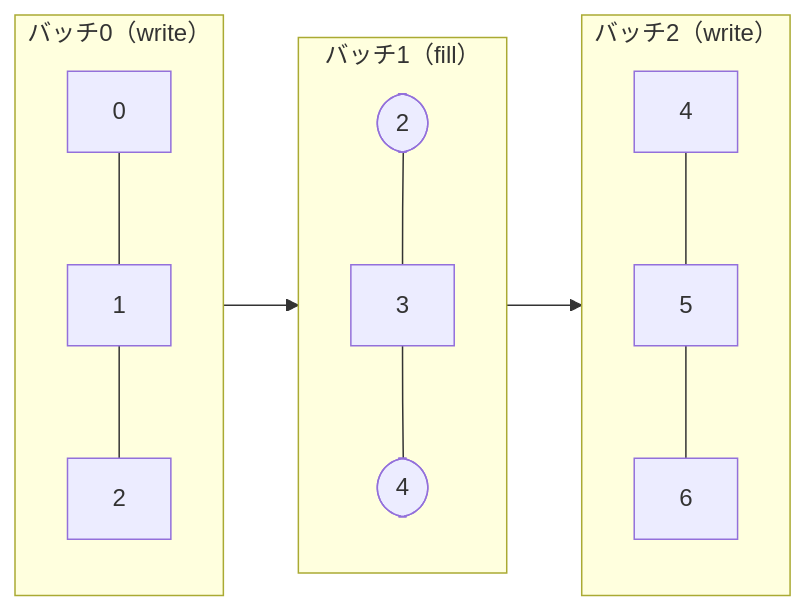
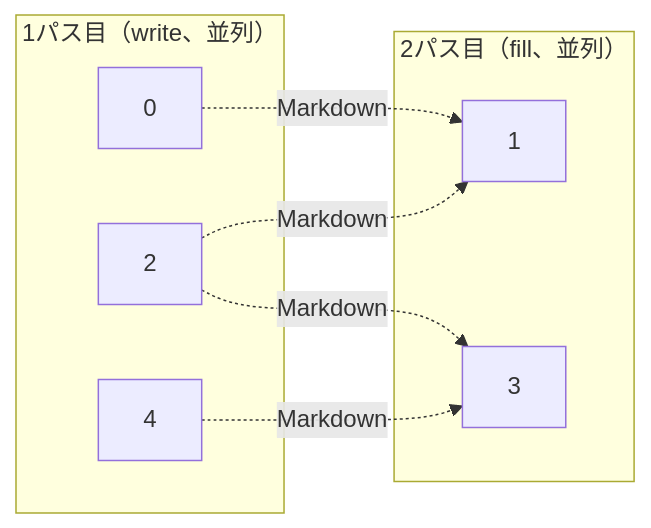
Before and after one commit to konbraphat51/SuperSuat: the second of 3 diagrams in Uploader/OcrModule/MdWriter/Docs/MdWriterOcr.ja.md, drawn with Mermaid. The commit also changed other lines of this file and 7 other files, not shown here.

````diff
--- a/Uploader/OcrModule/MdWriter/Docs/MdWriterOcr.ja.md
+++ b/Uploader/OcrModule/MdWriter/Docs/MdWriterOcr.ja.md
@@ -122,13 +116,16 @@
 ```mermaid
 flowchart LR
-    subgraph E0["バッチ0（write）"]
-        p0[0] --- p1[1] --- p2[2]
+    subgraph first["1パス目（write、並列）"]
+        p0[0]
+        p2[2]
+        p4[4]
     end
-    subgraph F1["バッチ1（fill）"]
-        c2([2]) --- p3[3] --- c4([4])
+    subgraph second["2パス目（fill、並列）"]
+        p1[1]
+        p3[3]
     end
-    subgraph E2["バッチ2（write）"]
-        p4[4] --- p5[5] --- p6[6]
-    end
-    E0 --> F1 --> E2
+    p0 -. Markdown .-> p1
+    p2 -. Markdown .-> p1
+    p2 -. Markdown .-> p3
+    p4 -. Markdown .-> p3
 ```
````
